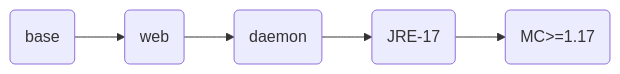
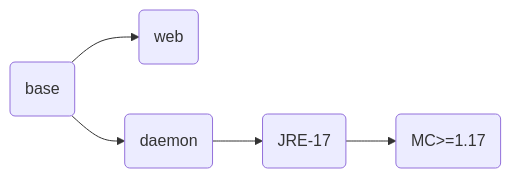
One commit to ben0i0d/mcsm-image-stacks changed the diagram in README.md. Above: the diagram before and after it, drawn with Mermaid. The commit also changed 1 other file, not shown here.

Commit message:
Update 2 files
- /README.md
- /.gitlab-ci.yml

````diff
--- a/README.md
+++ b/README.md
@@ -28,6 +28,6 @@
 ```mermaid
 	graph LR
 	A(base)-->B(web)
-	B-->C(daemon)
+	A-->C(daemon)
     C-->F(JRE-17)-->I(MC>=1.17)
 ```
````
